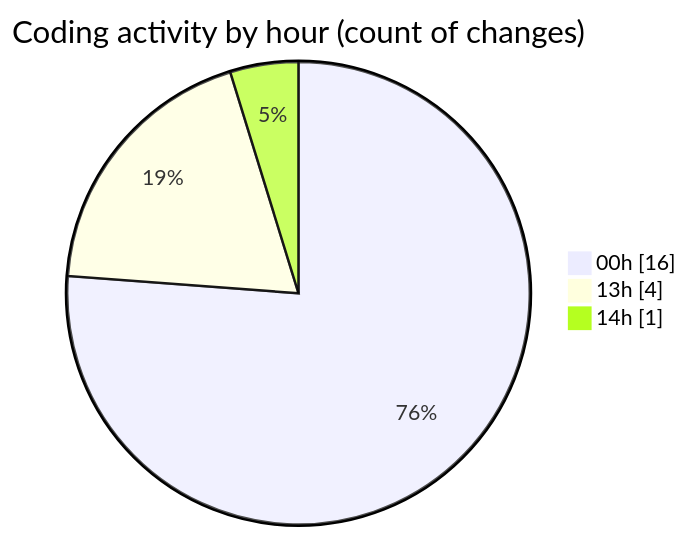
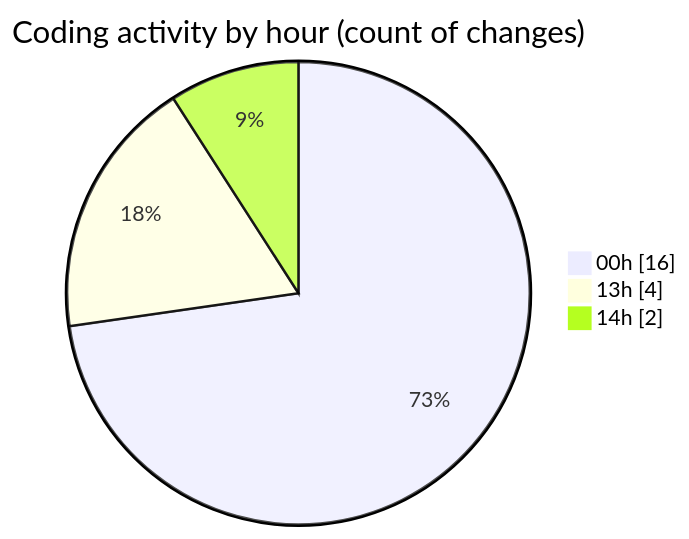
Before and after one commit to EIIisD/code-tracking: the second of 2 diagrams in 2025-07-27/vtuber/README.md, drawn with Mermaid. The commit also changed other lines of this file and 1 other file, not shown here.

````diff
--- a/2025-07-27/vtuber/README.md
+++ b/2025-07-27/vtuber/README.md
@@ -35,7 +35,7 @@
 ```mermaid
 pie showData
 title Coding activity by hour (count of changes)
 "00h" : 16
 "13h" : 4
-"14h" : 1
+"14h" : 2
 ```
````
